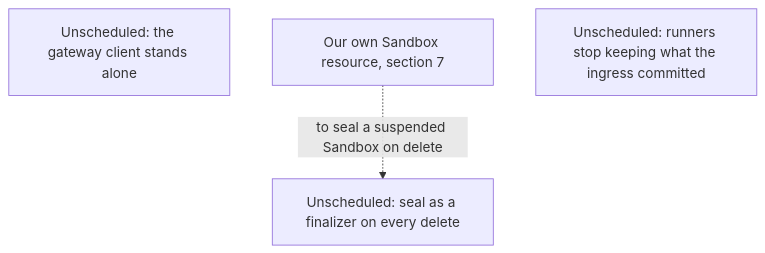
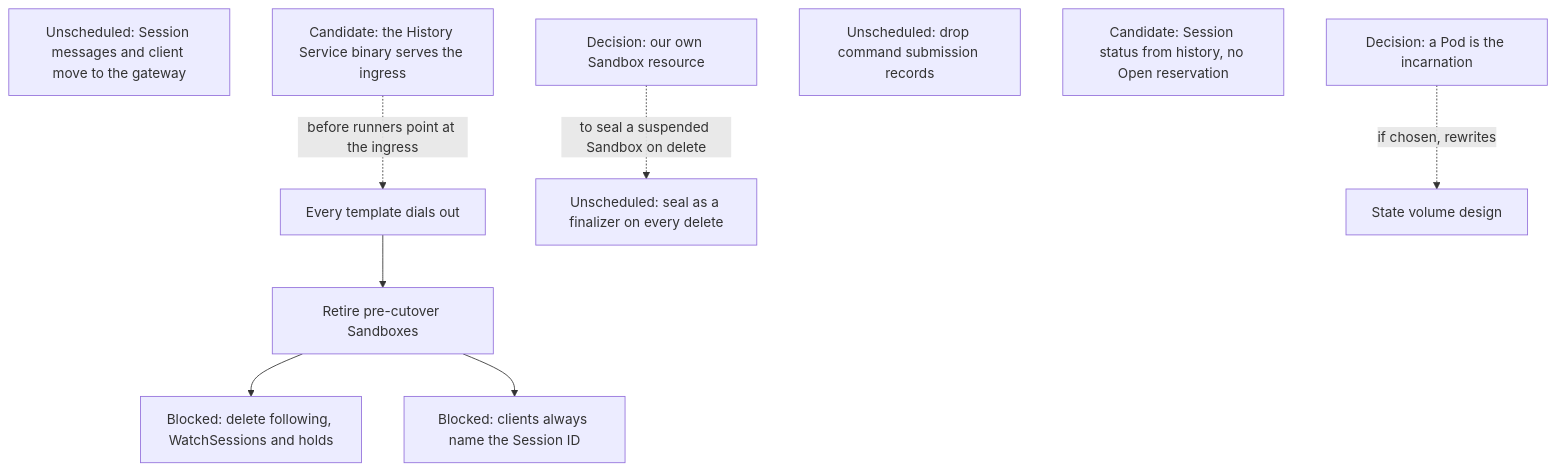
Diagram 12 of 13 in agentplane/plans/task_dag.md (agentydragon/ducktape), drawn with Mermaid before and after one commit. The commit also changed other lines of this file, not shown here.

First line of the commit message:
agentplane/plans: add the coherence refactor nodes

````diff
--- a/agentplane/plans/task_dag.md
+++ b/agentplane/plans/task_dag.md
@@ -860,8 +882,20 @@
 ```mermaid
 flowchart TD
-    GATEWAY_CLIENT_SPLIT[Unscheduled: the gateway client stands alone]
-    AGENTPLANE_SANDBOX_RESOURCE[Our own Sandbox resource, section 7]
+    RUNNER_OUTBOUND_ROLLOUT[Every template dials out]
+    LEGACY_SANDBOX_RETIRE[Retire pre-cutover Sandboxes]
+    FOLLOW_PATH_RETIRE[Blocked: delete following, WatchSessions and holds]
+    GATEWAY_CLIENT_SPLIT[Unscheduled: Session messages and client move to the gateway]
+    AGENTPLANE_SANDBOX_RESOURCE[Decision: our own Sandbox resource]
+    POD_INCARNATION[Decision: a Pod is the incarnation]
     SEAL_FINALIZER[Unscheduled: seal as a finalizer on every delete]
+    COMMAND_RECORDS_RETIRE[Unscheduled: drop command submission records]
+    SESSION_ID_MINT_RETIRE[Blocked: clients always name the Session ID]
+    LOOKUP_SESSION_RETIRE[Candidate: Session status from history, no Open reservation]
+    HISTORY_INGRESS_SAME_BINARY[Candidate: the History Service binary serves the ingress]
+    HISTORY_INGRESS_SAME_BINARY -. before runners point at the ingress .-> RUNNER_OUTBOUND_ROLLOUT
+    RUNNER_OUTBOUND_ROLLOUT --> LEGACY_SANDBOX_RETIRE
+    LEGACY_SANDBOX_RETIRE --> FOLLOW_PATH_RETIRE
     AGENTPLANE_SANDBOX_RESOURCE -. to seal a suspended Sandbox on delete .-> SEAL_FINALIZER
-    RUNNER_JOURNAL_TRIM[Unscheduled: runners stop keeping what the ingress committed]
+    POD_INCARNATION -. if chosen, rewrites .-> SESSION_STATE_VOLUME_DESIGN[State volume design]
+    LEGACY_SANDBOX_RETIRE --> SESSION_ID_MINT_RETIRE
 ```
````
